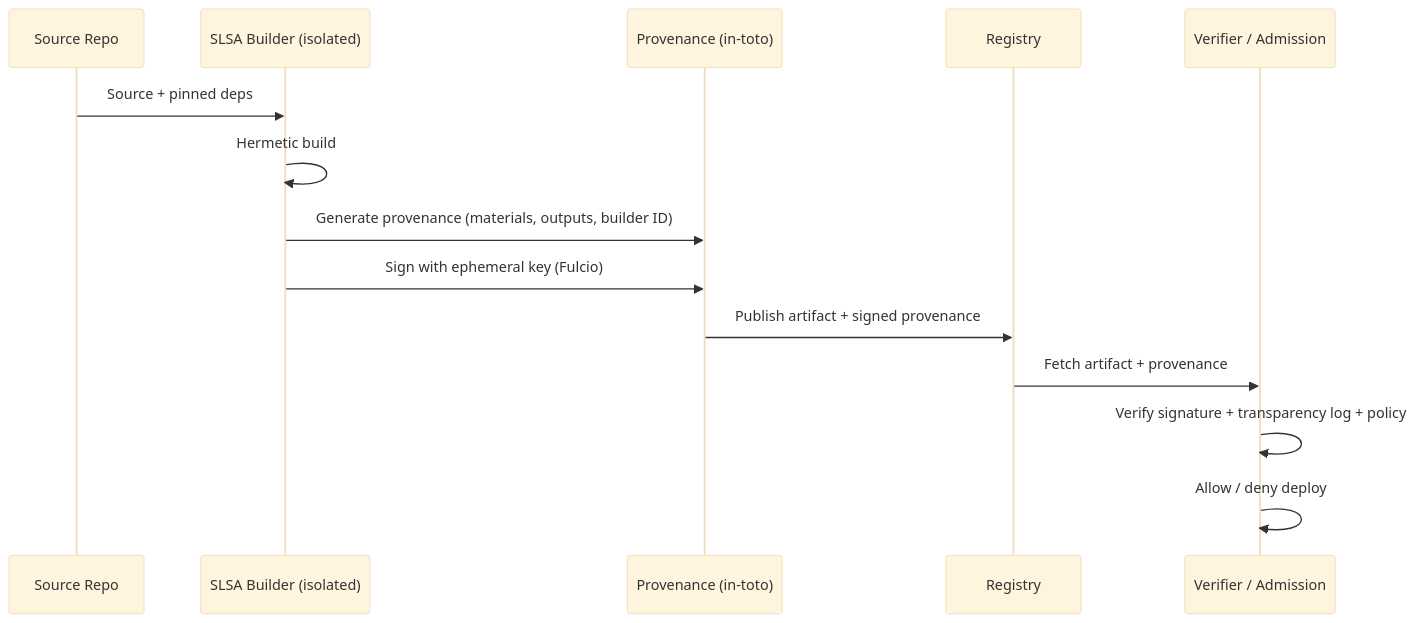
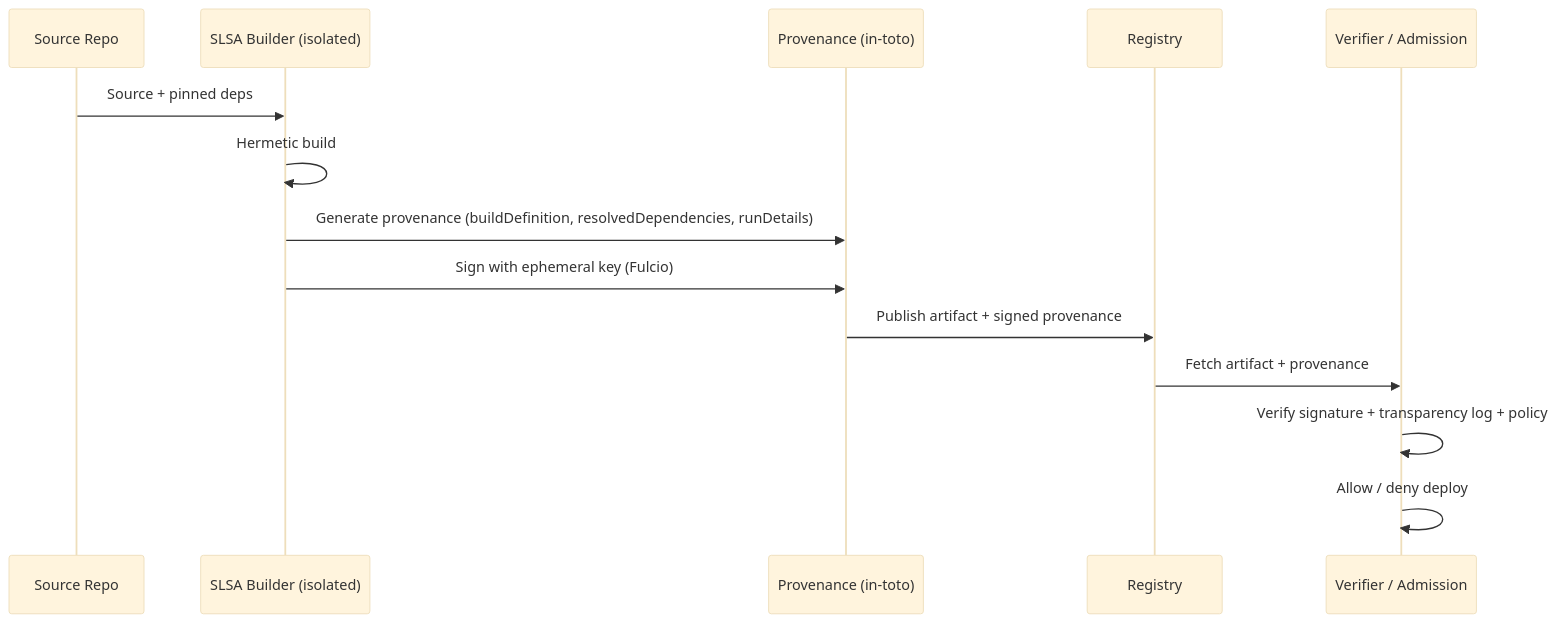
The fifth of 7 diagrams in book-04-build-cicd/ch03-slsa-provenance.md (bumbsclaw/textbooks), drawn with Mermaid (base theme) before and after one commit. The commit also changed other lines of this file and 7 other files, not shown here.

Commit message:
fix(quality): P0 audit corrections — PromQL typo, flowcontrol v1, ZGC flags, Go barrier date, buf pin, SLSA labels, STYLE 6-8

````diff
--- a/book-04-build-cicd/ch03-slsa-provenance.md
+++ b/book-04-build-cicd/ch03-slsa-provenance.md
@@ -736,16 +736,16 @@
 ```mermaid
 sequenceDiagram
     participant Src as Source Repo
     participant Builder as SLSA Builder (isolated)
     participant Prov as Provenance (in-toto)
     participant Registry as Registry
     participant Verifier as Verifier / Admission
     Src->>Builder: Source + pinned deps
     Builder->>Builder: Hermetic build
-    Builder->>Prov: Generate provenance (materials, outputs, builder ID)
+    Builder->>Prov: Generate provenance (buildDefinition, resolvedDependencies, runDetails)
     Builder->>Prov: Sign with ephemeral key (Fulcio)
     Prov->>Registry: Publish artifact + signed provenance
     Registry->>Verifier: Fetch artifact + provenance
     Verifier->>Verifier: Verify signature + transparency log + policy
     Verifier->>Verifier: Allow / deny deploy
 ```
````
